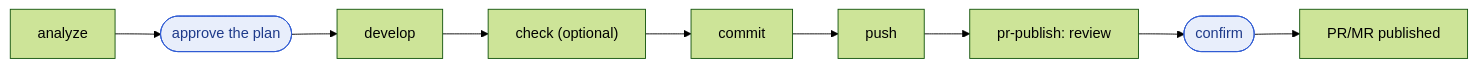
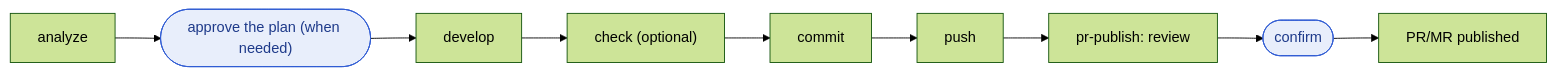
The diagram in README.md (JQ-WCoding/devkit), drawn with Mermaid (forest theme) before and after one commit. The commit also changed other lines of this file and 1 other file, not shown here.

````diff
--- a/README.md
+++ b/README.md
@@ -56,6 +56,6 @@
 ```mermaid
 flowchart LR
-  A["analyze"] --> H1(["approve the plan"]) --> D["develop"] --> C["check (optional)"] --> CM["commit"] --> P["push"] --> R["pr-publish: review"] --> H2(["confirm"]) --> PR["PR/MR published"]
+  A["analyze"] --> H1(["approve the plan (when needed)"]) --> D["develop"] --> C["check (optional)"] --> CM["commit"] --> P["push"] --> R["pr-publish: review"] --> H2(["confirm"]) --> PR["PR/MR published"]
   classDef human fill:#e8eefb,stroke:#2f5bd3,color:#1e3a8a
   class H1,H2 human
 ```
````
